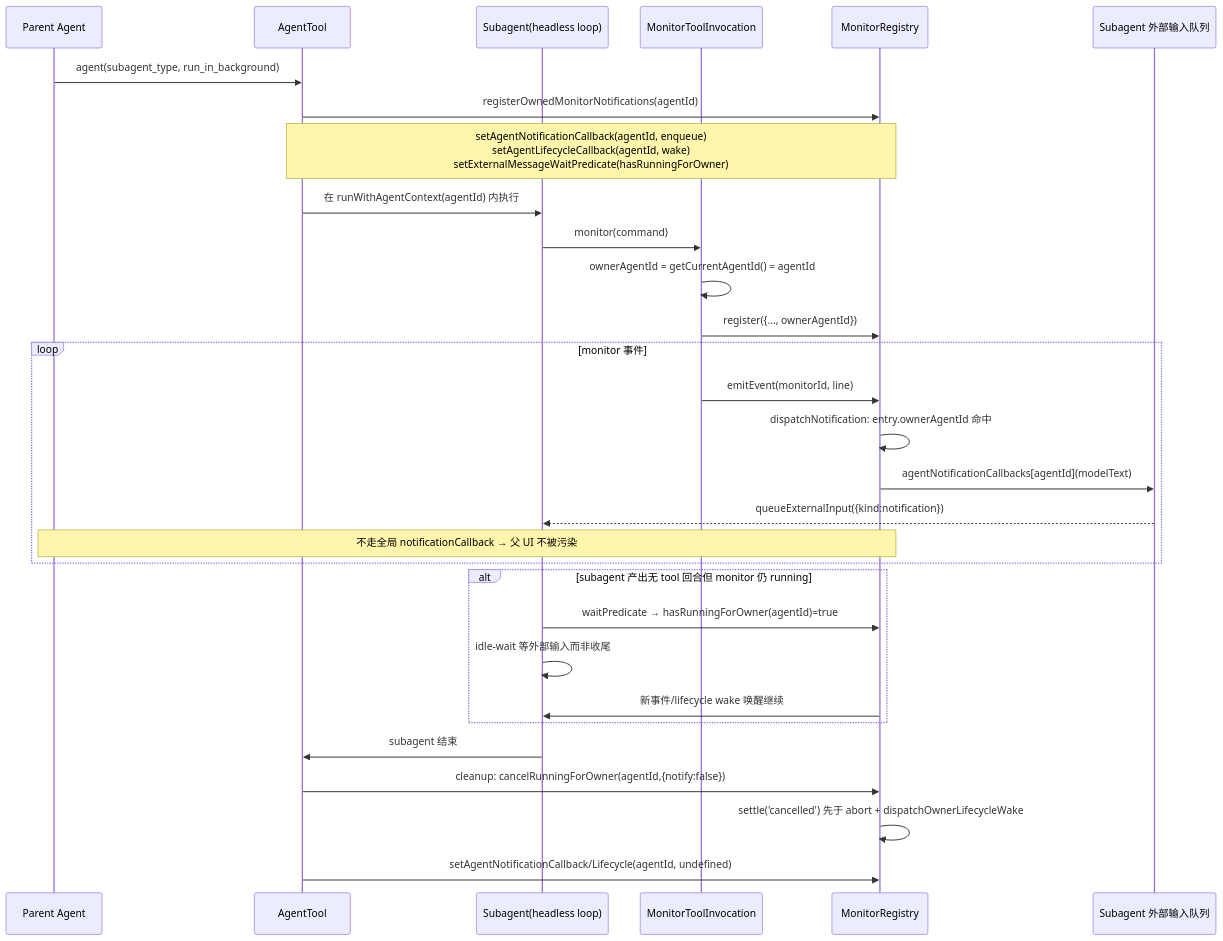
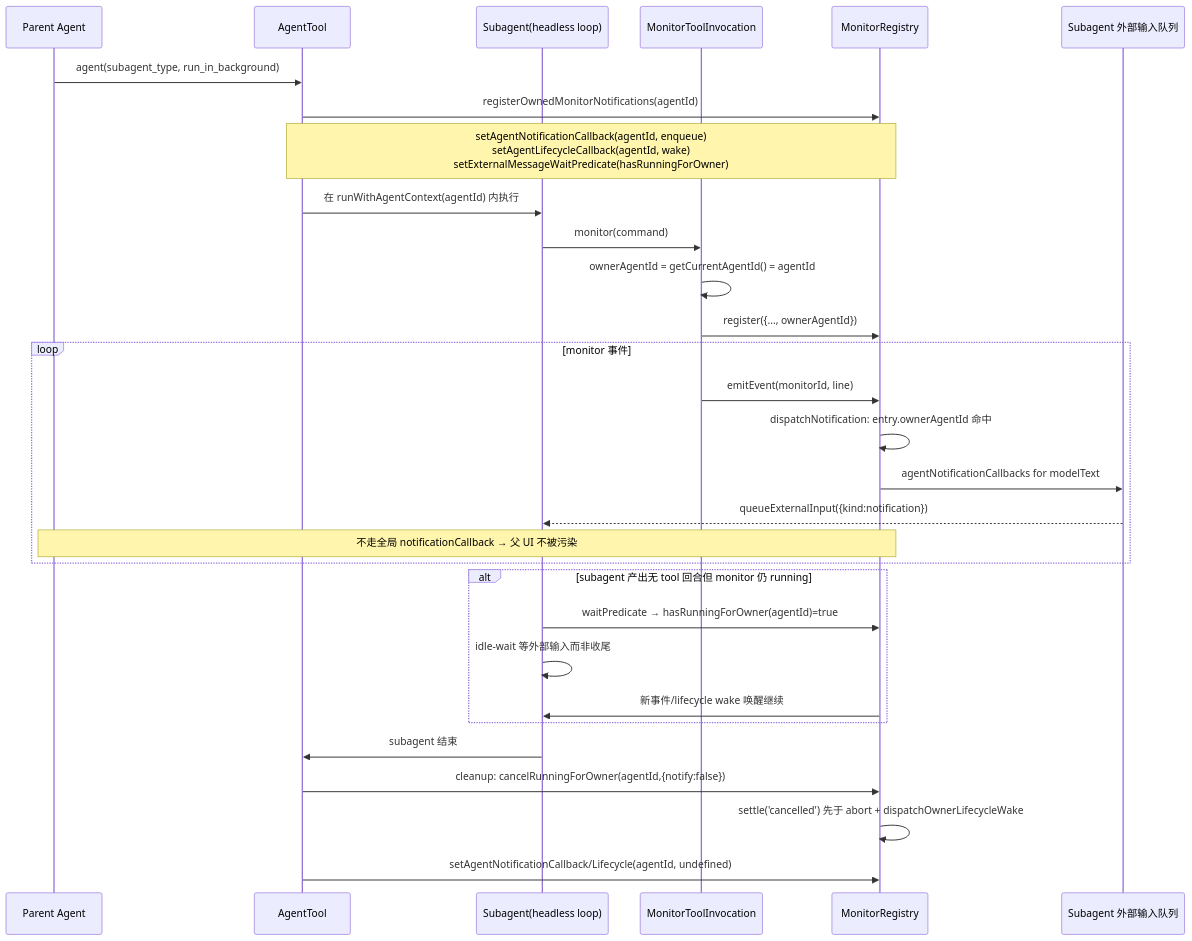
Before and after one commit to doudouOUC/code_agent: the third of 3 diagrams in qwen-code/feature/monitor-tool.md, drawn with Mermaid. The commit also changed 14 other files, not shown here.

````diff
--- a/qwen-code/feature/monitor-tool.md
+++ b/qwen-code/feature/monitor-tool.md
@@ -327,33 +327,33 @@
 ```mermaid
 sequenceDiagram
     participant P as Parent Agent
     participant A as AgentTool
     participant S as Subagent(headless loop)
     participant T as MonitorToolInvocation
     participant R as MonitorRegistry
     participant Q as Subagent 外部输入队列
 
     P->>A: agent(subagent_type, run_in_background)
     A->>R: registerOwnedMonitorNotifications(agentId)
     Note over A,R: setAgentNotificationCallback(agentId, enqueue)<br/>setAgentLifecycleCallback(agentId, wake)<br/>setExternalMessageWaitPredicate(hasRunningForOwner)
     A->>S: 在 runWithAgentContext(agentId) 内执行
     S->>T: monitor(command)
     T->>T: ownerAgentId = getCurrentAgentId() = agentId
     T->>R: register({..., ownerAgentId})
     loop monitor 事件
         T->>R: emitEvent(monitorId, line)
         R->>R: dispatchNotification: entry.ownerAgentId 命中
-        R->>Q: agentNotificationCallbacks[agentId](modelText)
+        R->>Q: agentNotificationCallbacks for modelText
         Q-->>S: queueExternalInput({kind:notification})
         Note over R,P: 不走全局 notificationCallback → 父 UI 不被污染
     end
     alt subagent 产出无 tool 回合但 monitor 仍 running
         S->>R: waitPredicate → hasRunningForOwner(agentId)=true
         S->>S: idle-wait 等外部输入而非收尾
         R->>S: 新事件/lifecycle wake 唤醒继续
     end
     S->>A: subagent 结束
     A->>R: cleanup: cancelRunningForOwner(agentId,{notify:false})
     R->>R: settle('cancelled') 先于 abort + dispatchOwnerLifecycleWake
     A->>R: setAgentNotificationCallback/Lifecycle(agentId, undefined)
 ```
````
